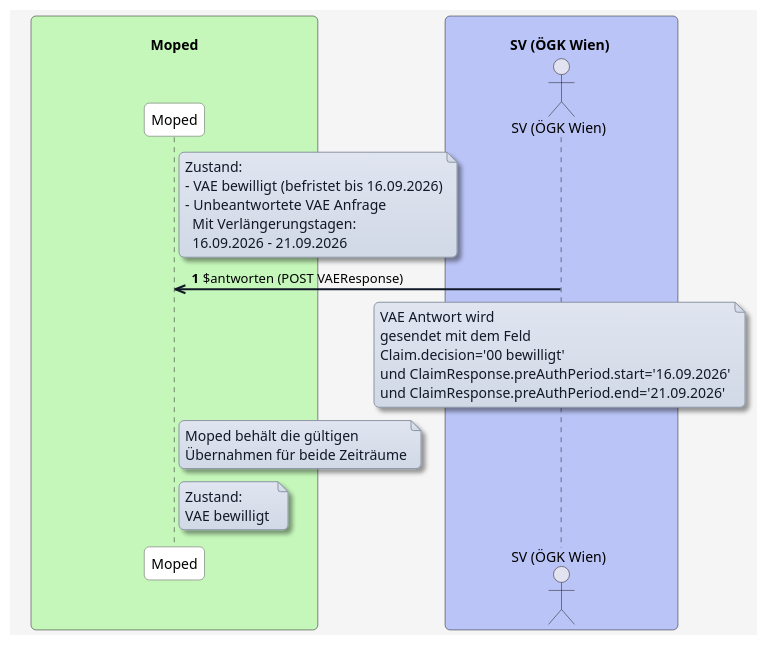
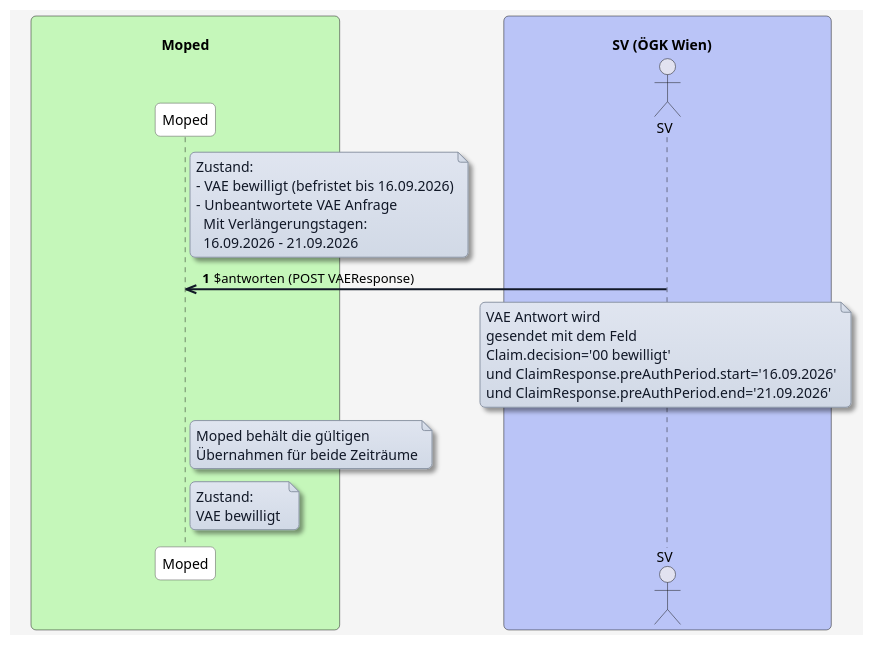
Before and after one commit to HL7Austria/ELGA-MOPED-R5: the diagram in input/images-source/antworten-verlaengerung.plantuml, drawn with PlantUML. The commit also changed 10 other files, not shown here.

```diff
--- a/input/images-source/antworten-verlaengerung.plantuml
+++ b/input/images-source/antworten-verlaengerung.plantuml
@@ -1,73 +1,73 @@
 @startuml
 skinparam borderColor #000000
 skinparam backgroundColor #f5f5f5
 skinparam shadowing false
 skinparam roundCorner 10
 skinparam defaultFontName "Arial"
 skinparam defaultFontSize 14
 skinparam defaultFontColor #000000
 
 skinparam note {
   BackgroundColor #e0e5f0-#d1d9e6
   BorderColor #8b95a5
   BorderThickness 1
   RoundCorner 8
   Padding 6
   FontColor #111827
   Shadowing true
 }
 
 skinparam HyperlinkColor #0000EE
 skinparam HyperlinkUnderline false
 
 skinparam sequence {
   ParticipantBorderColor #555555
   ParticipantBackgroundColor #ffffff
   ParticipantFontColor #000000
   ParticipantFontSize 14
   ParticipantPadding 20
   ArrowColor #111827
   ArrowThickness 2
   ArrowFontColor #000000
   ArrowFontSize 13
   GroupBorderColor #111827
   GroupBackgroundColor #f3f4f6
   GroupBorderThickness 1
 }
 
 skinparam BoxPadding 20
 skinparam BoxBorderColor #555555
 
-box "\n                                Moped                                " #c5f7ba
+box "\n                                   Moped                                   " #c5f7ba
   participant MP as "Moped"
 end box
 
-box "\n                 SV (ÖGK Wien)                  " #bac4f7
-  actor SV as "SV (ÖGK Wien)"
+box "\n                             SV (ÖGK Wien)                                " #bac4f7
+  actor SV as "SV"
 end box
 
 autonumber
 
 note right of MP
 Zustand:
 - VAE bewilligt (befristet bis 16.09.2026)
 - Unbeantwortete VAE Anfrage
   Mit Verlängerungstagen: 
   16.09.2026 - 21.09.2026
 end note
 
 SV ->> MP: $antworten (POST VAEResponse)
 Note over SV: VAE Antwort wird\ngesendet mit dem Feld \nClaim.decision='00 bewilligt'\nund ClaimResponse.preAuthPeriod.start='16.09.2026'\nund ClaimResponse.preAuthPeriod.end='21.09.2026'
 
 note right of MP
 Moped behält die gültigen 
 Übernahmen für beide Zeiträume
 end note
 
 
 note right of MP
 Zustand:
 VAE bewilligt 
 end note
 
 @enduml
```
